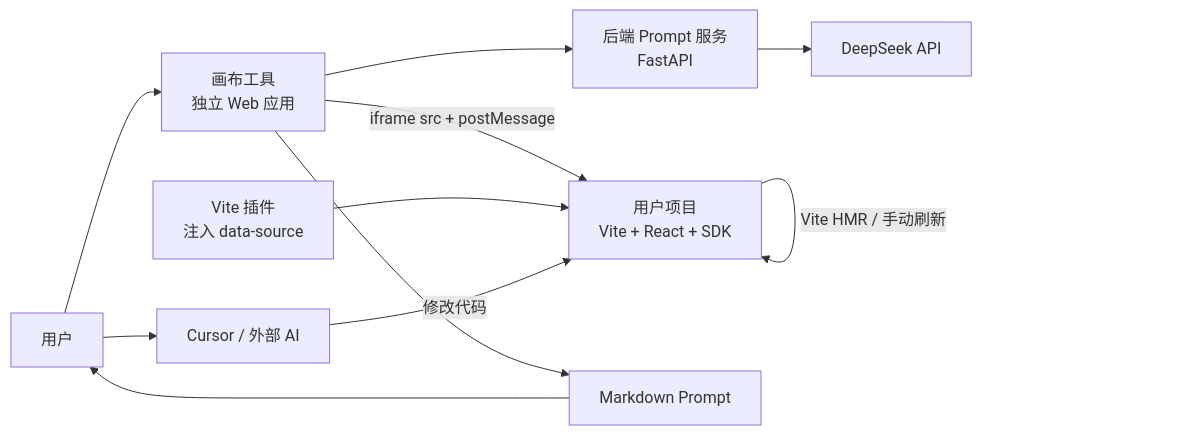
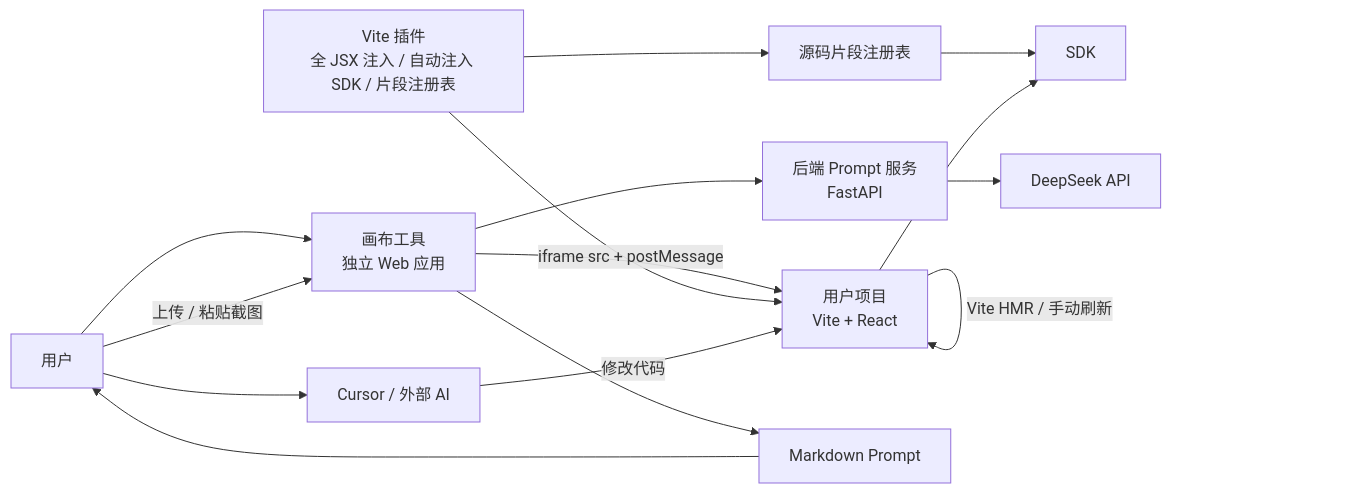
The first of 5 diagrams in docs/design/01.功能模块梳理.md (Cai199999/vibe-app), drawn with Mermaid before and after one commit. The commit also changed other lines of this file and 5 other files, not shown here.

````diff
--- a/docs/design/01.功能模块梳理.md
+++ b/docs/design/01.功能模块梳理.md
@@ -65,13 +83,17 @@
 ```mermaid
 flowchart LR
     U["用户"] --> HOST["画布工具<br/>独立 Web 应用"]
-    HOST -->|"iframe src + postMessage"| APP["用户项目<br/>Vite + React + SDK"]
-    PLUGIN["Vite 插件<br/>注入 data-source"] --> APP
+    U -->|"上传 / 粘贴截图"| HOST
+    HOST -->|"iframe src + postMessage"| APP["用户项目<br/>Vite + React"]
+    PLUGIN["Vite 插件<br/>全 JSX 注入 / 自动注入 SDK / 片段注册表"] --> APP
+    PLUGIN --> REG["源码片段注册表"]
+    REG --> SDK["SDK"]
+    APP --> SDK
     HOST --> API["后端 Prompt 服务<br/>FastAPI"]
     API --> DS["DeepSeek API"]
     HOST --> PROMPT["Markdown Prompt"]
     PROMPT --> U
     U --> CURSOR["Cursor / 外部 AI"]
     CURSOR -->|"修改代码"| APP
     APP -->|"Vite HMR / 手动刷新"| APP
 ```
````
